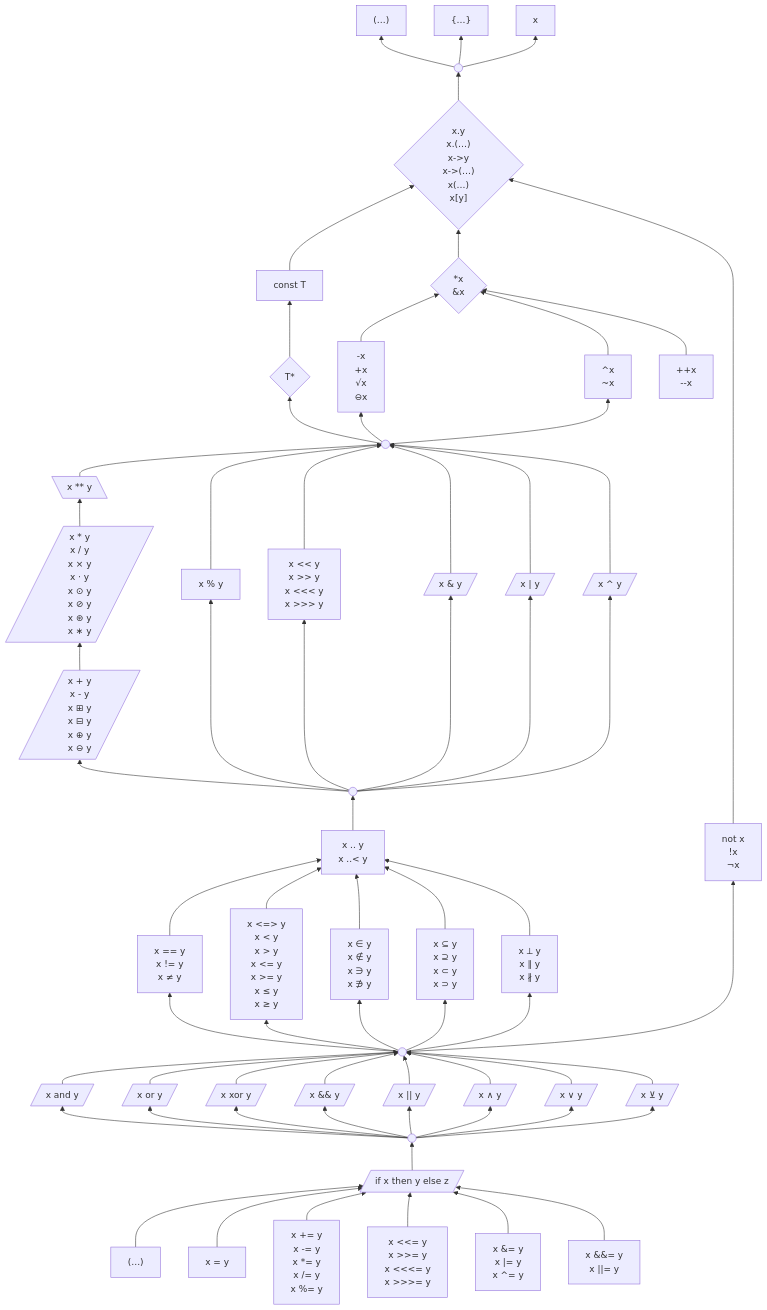
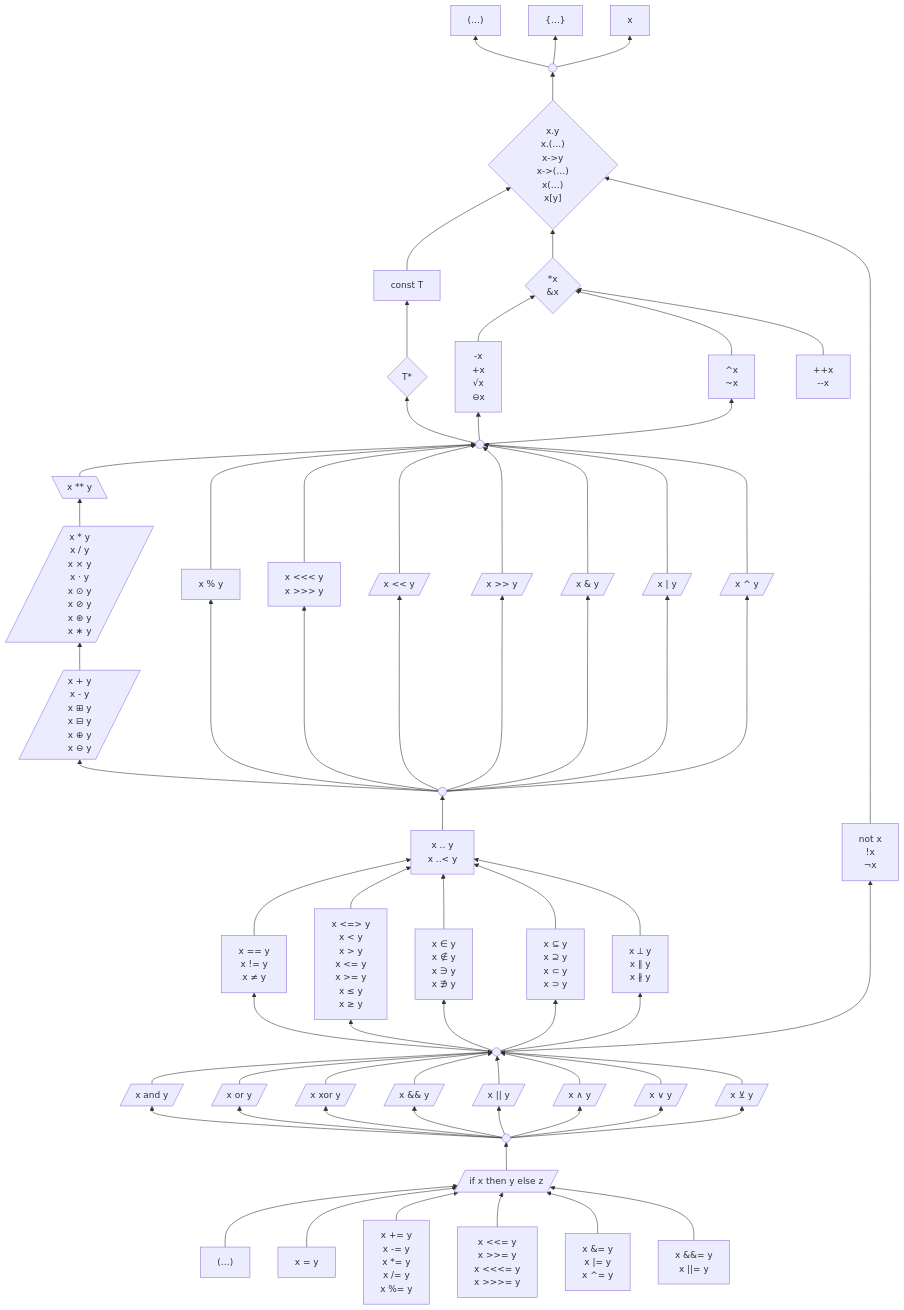
Before and after one commit to laro/Cilia: the first of 2 diagrams in 6 .../2 Unfinished Ideas.md, drawn with Mermaid.

Commit message:
Update 2 Unfinished Ideas.md

```diff
--- a/6 .../2 Unfinished Ideas.md
+++ b/6 .../2 Unfinished Ideas.md
@@ -220,17 +220,17 @@
               x ⊕ y
               x ⊖ y"/]
 
-    modulo & shiftRotate & bitwiseAnd & bitwiseOr & bitwiseXor ---> unary
+    modulo & rotate & shiftLeft & shiftRight & bitwiseAnd & bitwiseOr & bitwiseXor ---> unary
     modulo["x % y"]
-    shiftRotate["x << y
-                 x >> y
-                 x <<< y
-                 x >>> y"]
+    rotate["x <<< y
+            x >>> y"]
+    shiftLeft[/"x << y"/]
+    shiftRight[/"x >> y"/]
     bitwiseAnd[/"x & y"/]
     bitwiseOr[/"x | y"/]
     bitwiseXor[/"x ^ y"/]
 
-    binaryOps --> addition & modulo & bitwiseAnd & bitwiseOr & bitwiseXor & shiftRotate
+    binaryOps --> addition & modulo & rotate & shiftLeft & shiftRight & bitwiseAnd & bitwiseOr & bitwiseXor
     binaryOps((" "))
 
     %% Ranges bind looser than arithmetic/bitwise, tighter than the relational operators
```
